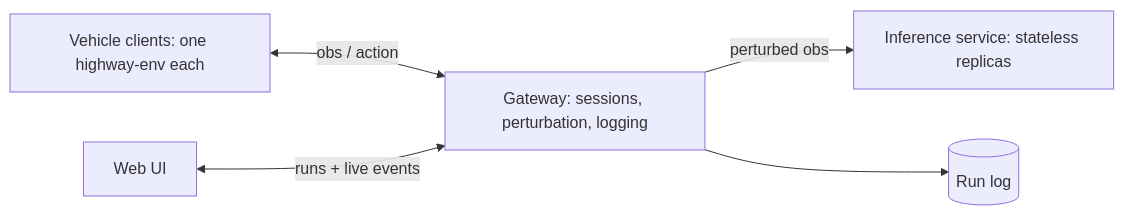
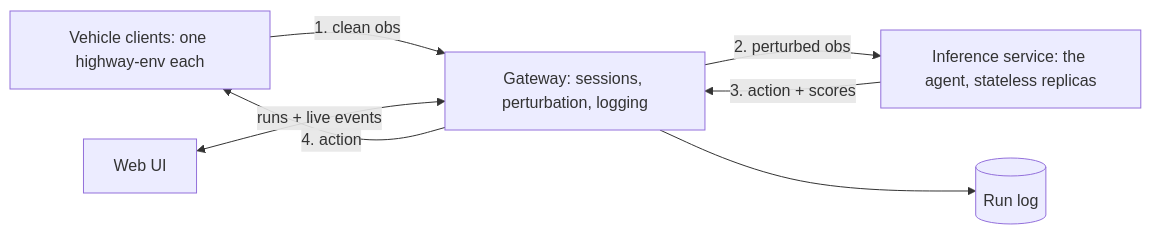
The diagram in docs/SPEC.md (Internet-CADS/P7-Internet-Connected-Autonomous-Driving-System), drawn with Mermaid before and after one commit.

Commit message:
docs: number the arrows in the architecture diagram

````diff
--- a/docs/SPEC.md
+++ b/docs/SPEC.md
@@ -35,7 +35,9 @@
 ```mermaid
 flowchart LR
-    V[Vehicle clients: one highway-env each] <-->|obs / action| G[Gateway: sessions, perturbation, logging]
-    G -->|perturbed obs| I[Inference service: stateless replicas]
+    V[Vehicle clients: one highway-env each] -->|1. clean obs| G[Gateway: sessions, perturbation, logging]
+    G -->|2. perturbed obs| I[Inference service: the agent, stateless replicas]
+    I -->|3. action + scores| G
+    G -->|4. action| V
     G --> DB[(Run log)]
     UI[Web UI] <-->|runs + live events| G
 ```
````
